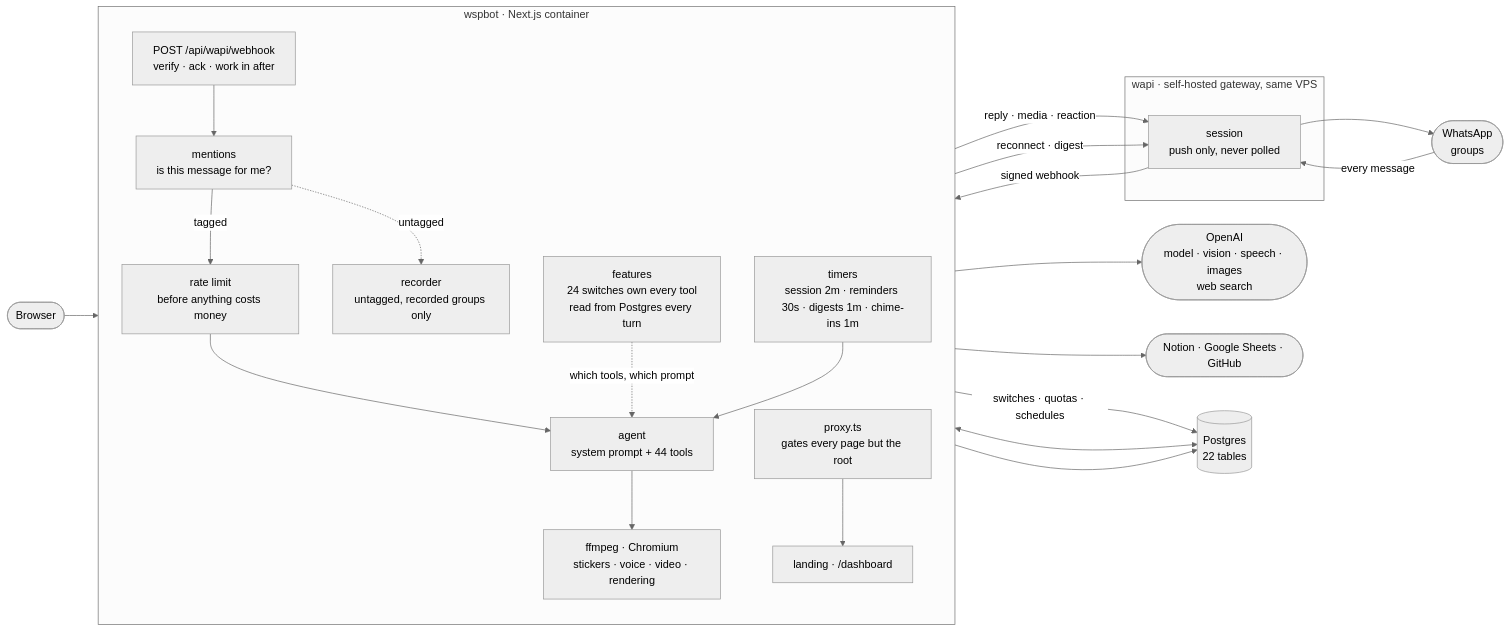
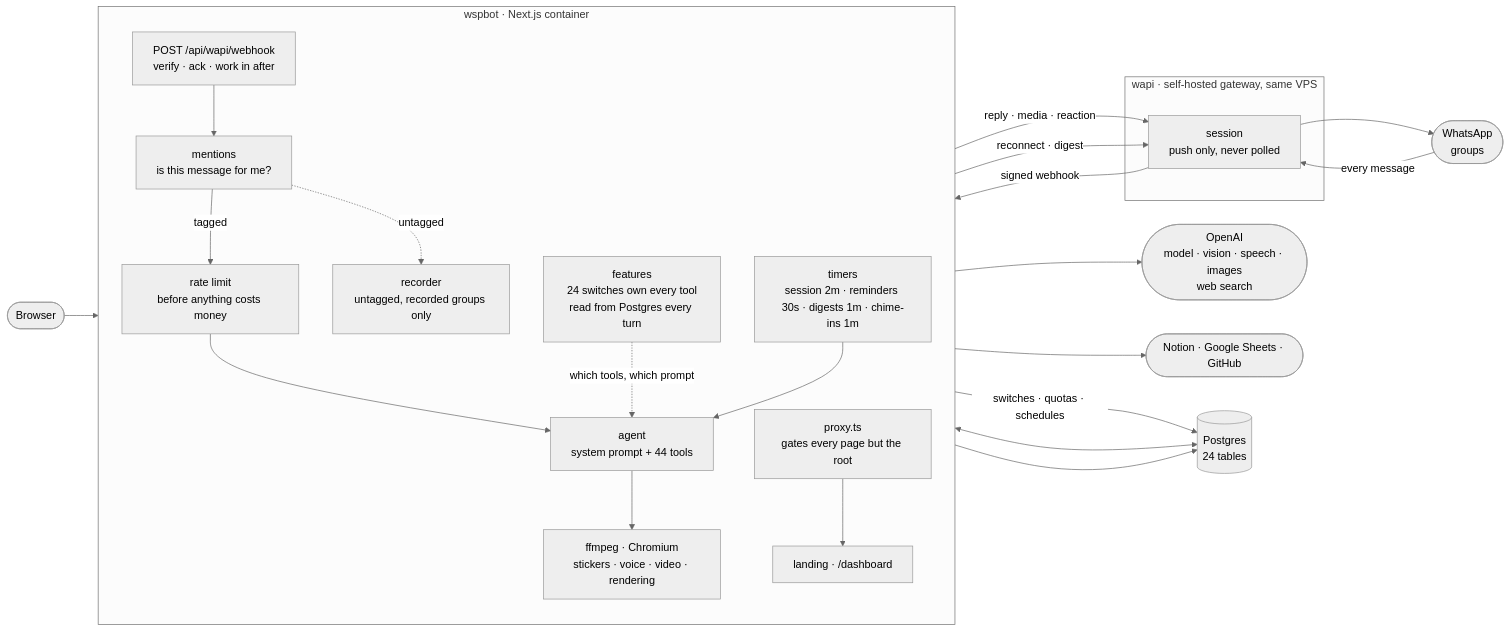
One commit to Jibaru/wspbot changed the first of 2 diagrams in README.md. Above: the diagram before and after it, drawn with Mermaid (neutral theme). The commit also changed other lines of this file and 7 other files, not shown here.

````diff
--- a/README.md
+++ b/README.md
@@ -67,47 +67,47 @@
 ```mermaid
 flowchart LR
     WA(["WhatsApp<br/>groups"])
     BROWSER(["Browser"])
     OPENAI(["OpenAI<br/>model · vision · speech · images<br/>web search"])
     EXT(["Notion · Google Sheets · GitHub"])
 
     subgraph gw["wapi · self-hosted gateway, same VPS"]
         SESSION["session<br/>push only, never polled"]
     end
 
     subgraph app["wspbot · Next.js container"]
         direction TB
         HOOK["POST /api/wapi/webhook<br/>verify · ack · work in after"]
         GATE["mentions<br/>is this message for me?"]
         LIMIT["rate limit<br/>before anything costs money"]
         REC["recorder<br/>untagged, recorded groups only"]
         AGENT["agent<br/>system prompt + 44 tools"]
         TIMERS["timers<br/>session 2m · reminders 30s · digests 1m · chime-ins 1m"]
         FEAT["features<br/>24 switches own every tool<br/>read from Postgres every turn"]
         FF["ffmpeg · Chromium<br/>stickers · voice · video · rendering"]
         PROXY["proxy.ts<br/>gates every page but the root"]
         PAGES["landing · /dashboard"]
     end
 
-    PG[("Postgres<br/>22 tables")]
+    PG[("Postgres<br/>24 tables")]
 
     WA -->|"every message"| SESSION
     SESSION -->|"signed webhook"| HOOK
     HOOK --> GATE
     GATE -->|"tagged"| LIMIT
     GATE -.->|"untagged"| REC
     LIMIT --> AGENT
     FEAT -.->|"which tools, which prompt"| AGENT
     AGENT --> OPENAI
     AGENT --> FF
     AGENT --> EXT
     AGENT -->|"reply · media · reaction"| SESSION
     SESSION --> WA
 
     BROWSER --> PROXY --> PAGES
     PAGES -->|"switches · quotas · schedules"| PG
     AGENT <--> PG
     REC --> PG
     TIMERS --> AGENT
     TIMERS -->|"reconnect · digest"| SESSION
 ```
````
